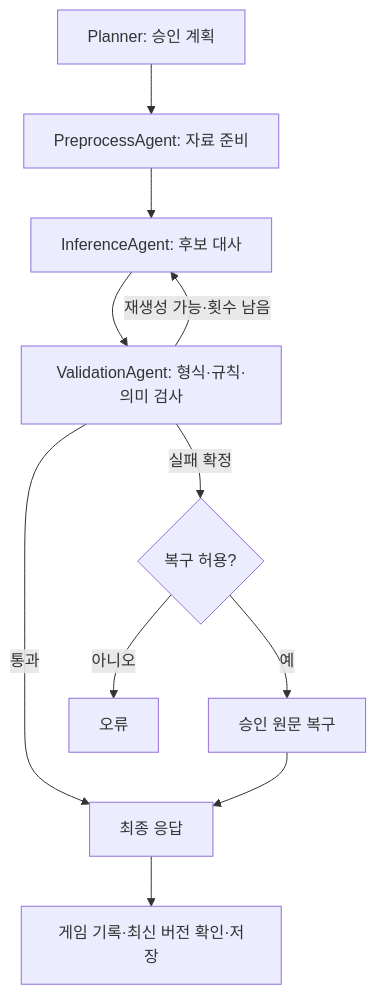
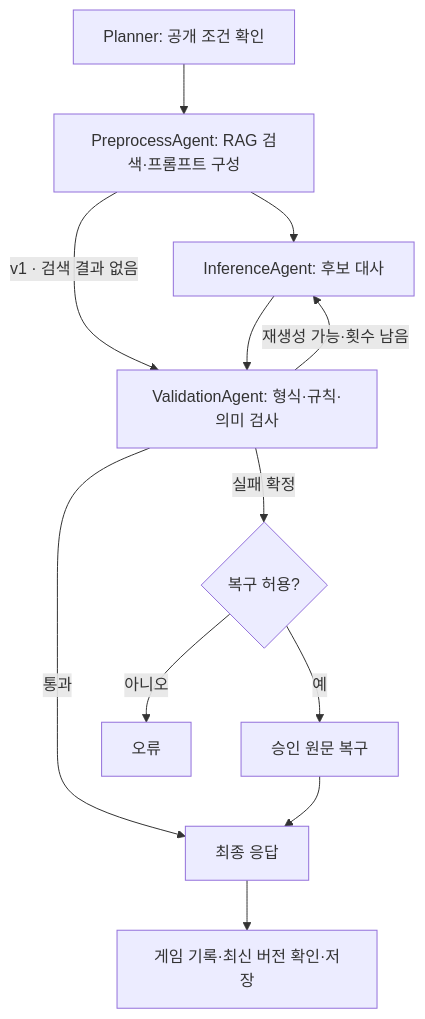
Before and after one commit to ClickClackDetectives/click_detective: the diagram in click_detective_FastAPI/docs/에이전트/README.md, drawn with Mermaid. The commit also changed other lines of this file and 19 other files, not shown here.

````diff
--- a/click_detective_FastAPI/docs/에이전트/README.md
+++ b/click_detective_FastAPI/docs/에이전트/README.md
@@ -24,13 +24,14 @@
 ```mermaid
 flowchart TD
-    A[Planner: 승인 계획] --> B[PreprocessAgent: 자료 준비]
+    A[Planner: 공개 조건 확인] --> B[PreprocessAgent: RAG 검색·프롬프트 구성]
     B --> C[InferenceAgent: 후보 대사]
+    B -->|v1 · 검색 결과 없음| D
     C --> D[ValidationAgent: 형식·규칙·의미 검사]
     D -->|통과| E[최종 응답]
     D -->|재생성 가능·횟수 남음| C
     D -->|실패 확정| F{복구 허용?}
     F -->|예| G[승인 원문 복구]
     F -->|아니오| H[오류]
     G --> E
     E --> I[게임 기록·최신 버전 확인·저장]
 ```
````
